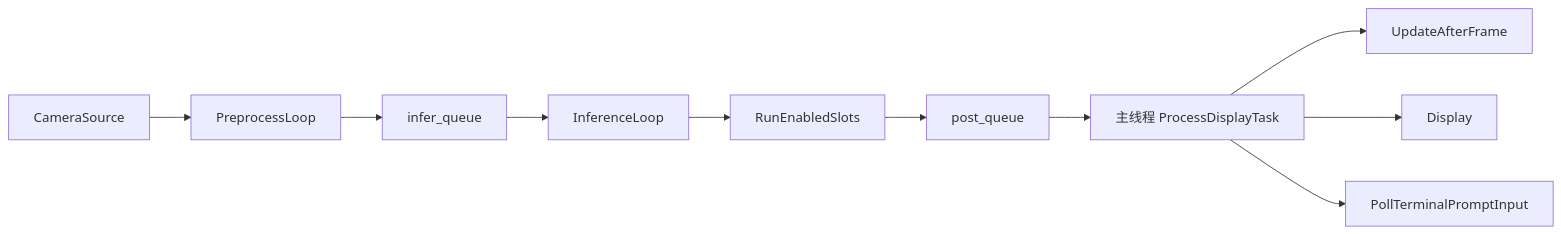
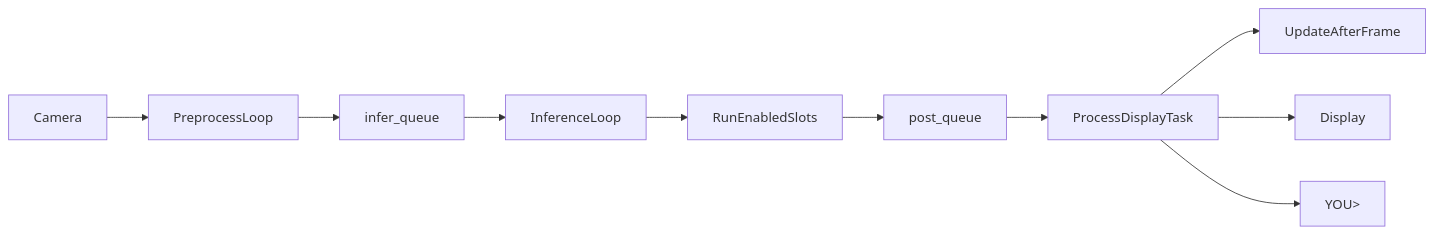
Before and after one commit to kyshipit/eai-rk3588: the third of 3 diagrams in docs/系统架构与运行逻辑.md, drawn with Mermaid. The commit also changed other lines of this file and 13 other files, not shown here.

````diff
--- a/docs/系统架构与运行逻辑.md
+++ b/docs/系统架构与运行逻辑.md
@@ -183,12 +158,12 @@
 ```mermaid
 flowchart LR
-    Cam[CameraSource] --> Pre[PreprocessLoop]
+    Cam[Camera] --> Pre[PreprocessLoop]
     Pre --> IQ[infer_queue]
     IQ --> Inf[InferenceLoop]
-    Inf --> RunSlots[RunEnabledSlots]
-    RunSlots --> PQ[post_queue]
-    PQ --> Main[主线程 ProcessDisplayTask]
-    Main --> MC2[UpdateAfterFrame]
+    Inf --> Slots[RunEnabledSlots]
+    Slots --> PQ[post_queue]
+    PQ --> Main[ProcessDisplayTask]
+    Main --> MC[UpdateAfterFrame]
     Main --> Disp[Display]
-    Main --> Stdin[PollTerminalPromptInput]
+    Main --> Stdin[YOU>]
 ```
````
